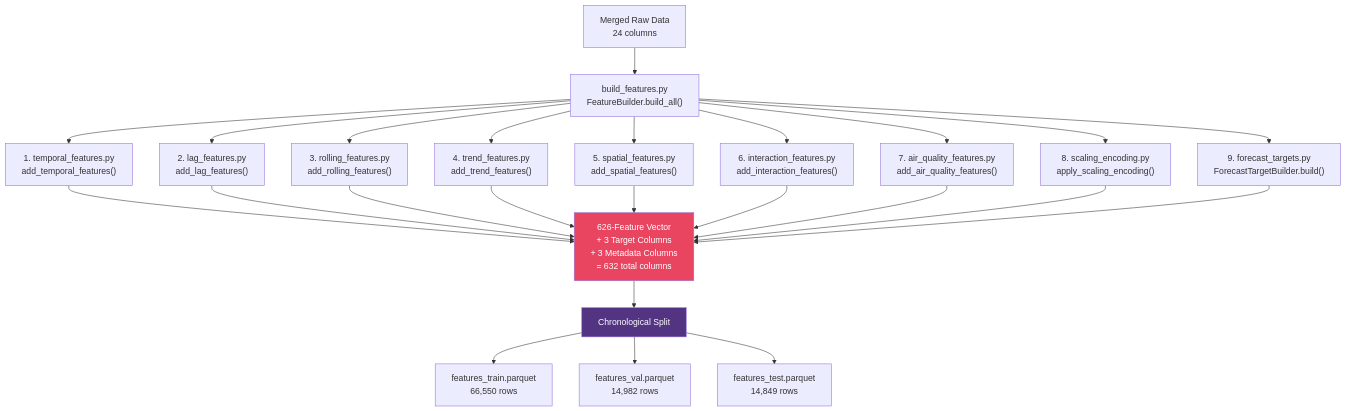
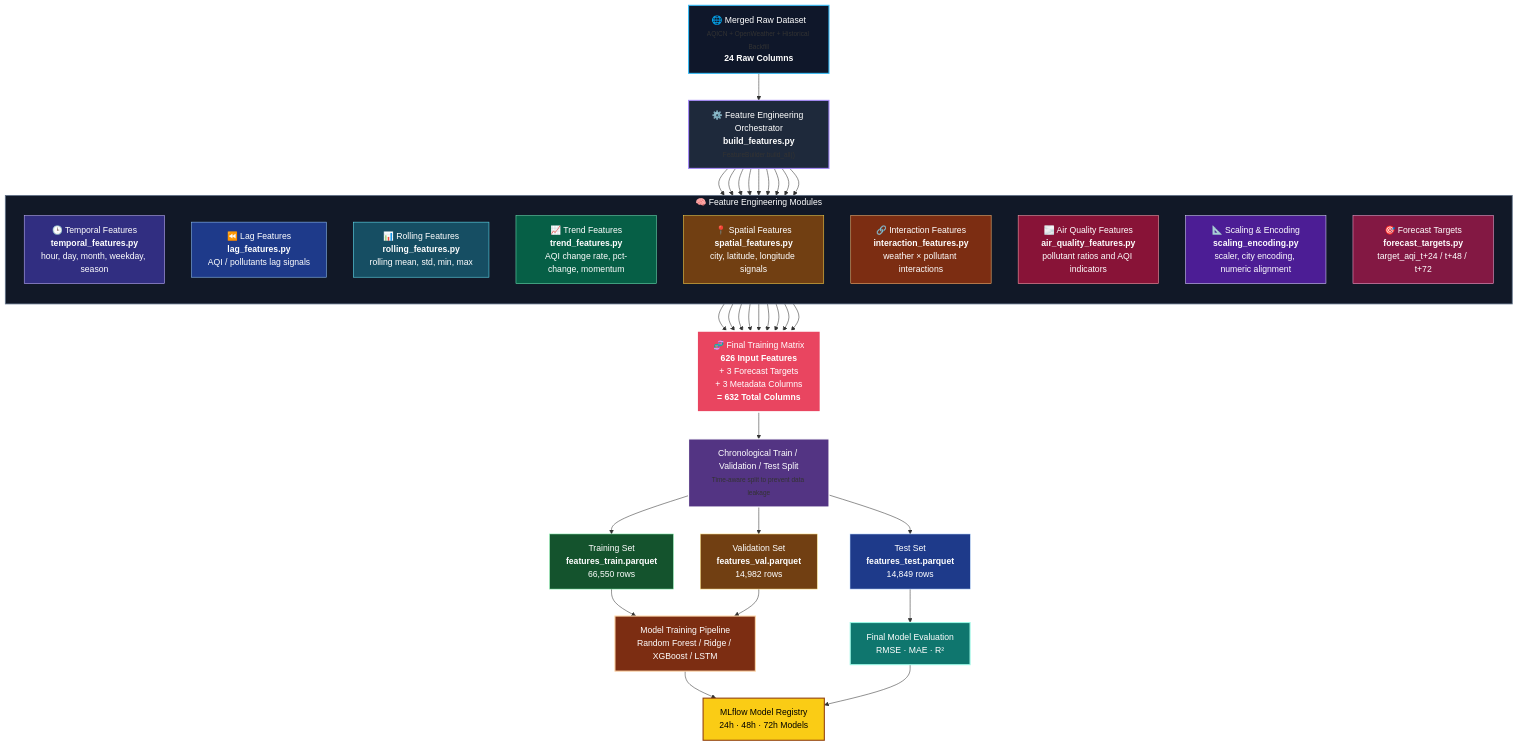
Before and after one commit to S-A000/AQI_Predictor-: the third of 7 diagrams in pipeline_architecture.md, drawn with Mermaid. The commit also changed 50 other files, not shown here.

````diff
--- a/pipeline_architecture.md
+++ b/pipeline_architecture.md
@@ -250,18 +250,43 @@
 ```mermaid
 graph TB
-    RAW["Merged Raw Data<br/>24 columns"] --> BF["build_features.py<br/>FeatureBuilder.build_all()"]
-    
-    BF --> T1["1. temporal_features.py<br/>add_temporal_features()"]
-    BF --> T2["2. lag_features.py<br/>add_lag_features()"]
-    BF --> T3["3. rolling_features.py<br/>add_rolling_features()"]
-    BF --> T4["4. trend_features.py<br/>add_trend_features()"]
-    BF --> T5["5. spatial_features.py<br/>add_spatial_features()"]
-    BF --> T6["6. interaction_features.py<br/>add_interaction_features()"]
-    BF --> T7["7. air_quality_features.py<br/>add_air_quality_features()"]
-    BF --> T8["8. scaling_encoding.py<br/>apply_scaling_encoding()"]
-    BF --> T9["9. forecast_targets.py<br/>ForecastTargetBuilder.build()"]
-    
-    T1 --> FV["626-Feature Vector<br/>+ 3 Target Columns<br/>+ 3 Metadata Columns<br/>= 632 total columns"]
+    %% =========================
+    %% RAW INPUT
+    %% =========================
+    RAW["🌐 Merged Raw Dataset<br/><span style='font-size:12px'>AQICN + OpenWeather + Historical Backfill</span><br/><b>24 Raw Columns</b>"]
+
+    RAW --> FB["⚙️ Feature Engineering Orchestrator<br/><b>build_features.py</b><br/><span style='font-size:12px'>FeatureBuilder.build_all()</span>"]
+
+    %% =========================
+    %% FEATURE MODULES
+    %% =========================
+    subgraph FE["🧠 Feature Engineering Modules"]
+        direction TB
+
+        T1["🕒 Temporal Features<br/><b>temporal_features.py</b><br/>hour, day, month, weekday, season"]
+        T2["⏪ Lag Features<br/><b>lag_features.py</b><br/>AQI / pollutants lag signals"]
+        T3["📊 Rolling Features<br/><b>rolling_features.py</b><br/>rolling mean, std, min, max"]
+        T4["📈 Trend Features<br/><b>trend_features.py</b><br/>AQI change rate, pct-change, momentum"]
+        T5["📍 Spatial Features<br/><b>spatial_features.py</b><br/>city, latitude, longitude signals"]
+        T6["🔗 Interaction Features<br/><b>interaction_features.py</b><br/>weather × pollutant interactions"]
+        T7["🌫️ Air Quality Features<br/><b>air_quality_features.py</b><br/>pollutant ratios and AQI indicators"]
+        T8["📐 Scaling & Encoding<br/><b>scaling_encoding.py</b><br/>scaler, city encoding, numeric alignment"]
+        T9["🎯 Forecast Targets<br/><b>forecast_targets.py</b><br/>target_aqi_t+24 / t+48 / t+72"]
+    end
+
+    FB --> T1
+    FB --> T2
+    FB --> T3
+    FB --> T4
+    FB --> T5
+    FB --> T6
+    FB --> T7
+    FB --> T8
+    FB --> T9
+
+    %% =========================
+    %% FEATURE VECTOR
+    %% =========================
+    T1 --> FV
     T2 --> FV
     T3 --> FV
     T4 --> FV
@@ -271,11 +296,53 @@
     T8 --> FV
     T9 --> FV
 
-    FV --> SPLIT["Chronological Split"]
-    SPLIT --> TR["features_train.parquet<br/>66,550 rows"]
-    SPLIT --> VA["features_val.parquet<br/>14,982 rows"]
-    SPLIT --> TE["features_test.parquet<br/>14,849 rows"]
-    
-    style FV fill:#e94560,color:#fff
-    style SPLIT fill:#533483,color:#fff
+    FV["🧬 Final Training Matrix<br/><b>626 Input Features</b><br/>+ 3 Forecast Targets<br/>+ 3 Metadata Columns<br/><b>= 632 Total Columns</b>"]
+
+    %% =========================
+    %% SPLIT
+    %% =========================
+    FV --> SPLIT[" Chronological Train / Validation / Test Split<br/><span style='font-size:12px'>Time-aware split to prevent data leakage</span>"]
+
+    SPLIT --> TR[" Training Set<br/><b>features_train.parquet</b><br/>66,550 rows"]
+    SPLIT --> VA[" Validation Set<br/><b>features_val.parquet</b><br/>14,982 rows"]
+    SPLIT --> TE[" Test Set<br/><b>features_test.parquet</b><br/>14,849 rows"]
+
+    %% =========================
+    %% DOWNSTREAM
+    %% =========================
+    TR --> TRAIN[" Model Training Pipeline<br/>Random Forest / Ridge / XGBoost / LSTM"]
+    VA --> TRAIN
+    TE --> EVAL[" Final Model Evaluation<br/>RMSE · MAE · R²"]
+
+    TRAIN --> REG[" MLflow Model Registry<br/>24h · 48h · 72h Models"]
+    EVAL --> REG
+
+    %% =========================
+    %% STYLING
+    %% =========================
+    style RAW fill:#0f172a,stroke:#38bdf8,color:#fff,stroke-width:2px
+    style FB fill:#1e293b,stroke:#a78bfa,color:#fff,stroke-width:2px
+
+    style FE fill:#111827,stroke:#64748b,color:#fff,stroke-width:1.5px
+
+    style T1 fill:#312e81,stroke:#c4b5fd,color:#fff
+    style T2 fill:#1e3a8a,stroke:#93c5fd,color:#fff
+    style T3 fill:#164e63,stroke:#67e8f9,color:#fff
+    style T4 fill:#065f46,stroke:#6ee7b7,color:#fff
+    style T5 fill:#713f12,stroke:#fcd34d,color:#fff
+    style T6 fill:#7c2d12,stroke:#fdba74,color:#fff
+    style T7 fill:#881337,stroke:#fda4af,color:#fff
+    style T8 fill:#4c1d95,stroke:#ddd6fe,color:#fff
+    style T9 fill:#831843,stroke:#f9a8d4,color:#fff
+
+    style FV fill:#e94560,stroke:#fff,color:#fff,stroke-width:3px
+    style SPLIT fill:#533483,stroke:#fff,color:#fff,stroke-width:2px
+
+    style TR fill:#14532d,stroke:#86efac,color:#fff
+    style VA fill:#713f12,stroke:#fde68a,color:#fff
+    style TE fill:#1e3a8a,stroke:#bfdbfe,color:#fff
+
+    style TRAIN fill:#7c2d12,stroke:#fed7aa,color:#fff,stroke-width:2px
+    style EVAL fill:#0f766e,stroke:#99f6e4,color:#fff,stroke-width:2px
+    style REG fill:#facc15,stroke:#92400e,color:#000,stroke-width:2px
 ```
````
